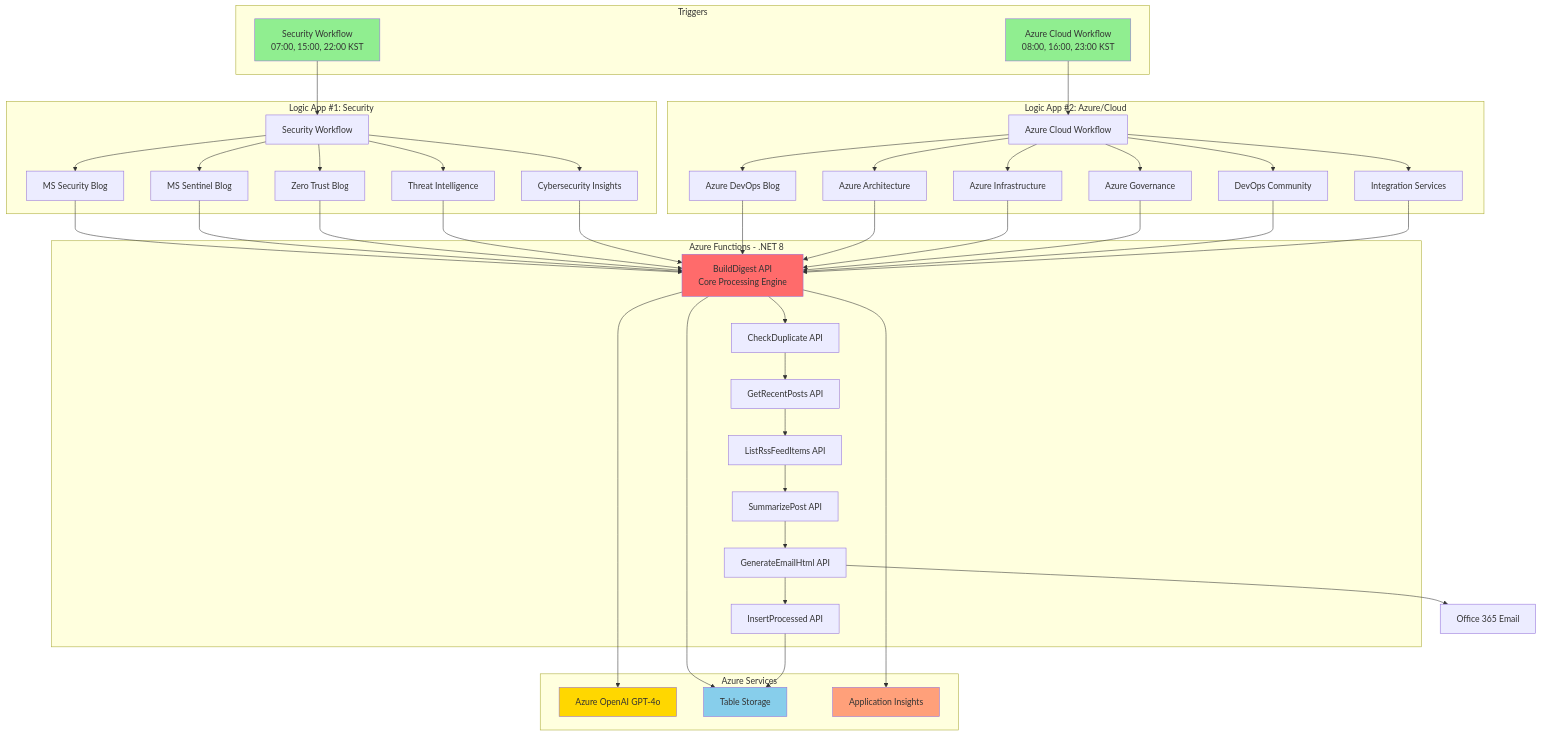
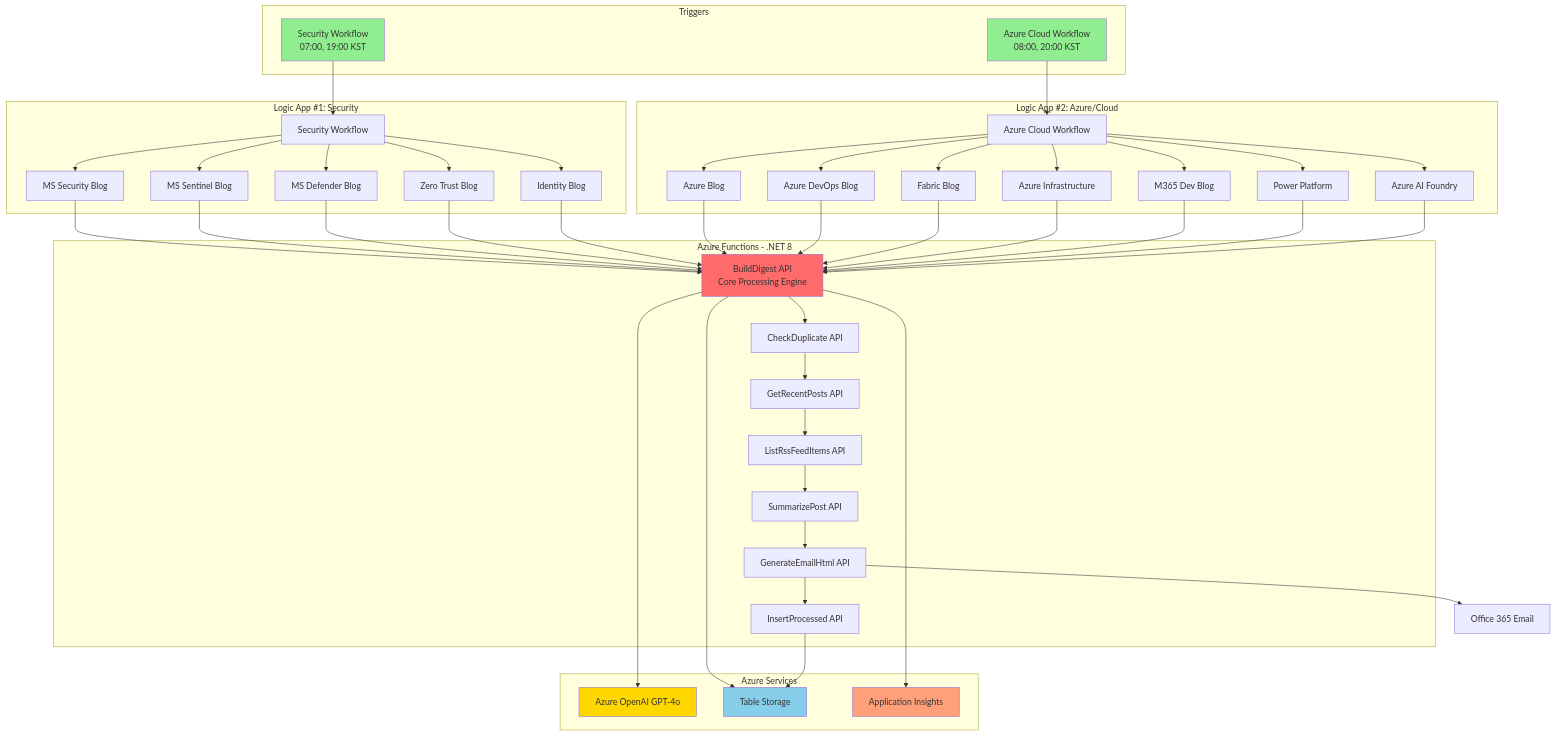
One commit to zer0big/azure-security-blog-automation changed the diagram in README.md. Above: the diagram before and after it, drawn with Mermaid. The commit also changed other lines of this file and 9 other files, not shown here.

````diff
--- a/README.md
+++ b/README.md
@@ -55,70 +56,71 @@
 ```mermaid
 graph TB
     subgraph "Triggers"
         T1["Security Workflow
-        07:00, 15:00, 22:00 KST"]
+        07:00, 19:00 KST"]
         T2["Azure Cloud Workflow
-        08:00, 16:00, 23:00 KST"]
+        08:00, 20:00 KST"]
     end
     
     subgraph "Logic App #1: Security"
         LA1[Security Workflow]
         RSS1[MS Security Blog]
         RSS2[MS Sentinel Blog]
-        RSS3[Zero Trust Blog]
-        RSS4[Threat Intelligence]
-        RSS5[Cybersecurity Insights]
+        RSS3[MS Defender Blog]
+        RSS4[Zero Trust Blog]
+        RSS5[Identity Blog]
     end
     
     subgraph "Logic App #2: Azure/Cloud"
         LA2[Azure Cloud Workflow]
-        RSS6[Azure DevOps Blog]
-        RSS7[Azure Architecture]
-        RSS8[Azure Infrastructure]
-        RSS9[Azure Governance]
-        RSS10[DevOps Community]
-        RSS11[Integration Services]
+        RSS6[Azure Blog]
+        RSS7[Azure DevOps Blog]
+        RSS8[Fabric Blog]
+        RSS9[Azure Infrastructure]
+        RSS10[M365 Dev Blog]
+        RSS11[Power Platform]
+        RSS12[Azure AI Foundry]
     end
     
     subgraph "Azure Functions - .NET 8"
         F1["BuildDigest API
         Core Processing Engine"]
         F2[CheckDuplicate API]
         F3[GetRecentPosts API]
         F4[ListRssFeedItems API]
         F5[SummarizePost API]
         F6[GenerateEmailHtml API]
         F7[InsertProcessed API]
     end
     
     subgraph "Azure Services"
         AOAI[Azure OpenAI GPT-4o]
         STORAGE[Table Storage]
         APPINS[Application Insights]
     end
     
     T1 --> LA1
     T2 --> LA2
     LA1 --> RSS1 & RSS2 & RSS3 & RSS4 & RSS5
-    LA2 --> RSS6 & RSS7 & RSS8 & RSS9 & RSS10 & RSS11
+    LA2 --> RSS6 & RSS7 & RSS8 & RSS9 & RSS10 & RSS11 & RSS12
     RSS1 & RSS2 & RSS3 & RSS4 & RSS5 --> F1
-    RSS6 & RSS7 & RSS8 & RSS9 & RSS10 & RSS11 --> F1
+    RSS6 & RSS7 & RSS8 & RSS9 & RSS10 & RSS11 & RSS12 --> F1
     F1 --> STORAGE
     F1 --> AOAI
     F1 --> F2
     F2 --> F3
     F3 --> F4
     F4 --> F5
     F5 --> F6
     F6 --> F7
     F7 --> STORAGE
     F6 --> O365[Office 365 Email]
     F1 --> APPINS
     
     style T1 fill:#90EE90
     style T2 fill:#90EE90
     style F1 fill:#FF6B6B
     style AOAI fill:#FFD700
     style STORAGE fill:#87CEEB
     style APPINS fill:#FFA07A
 ```
````
